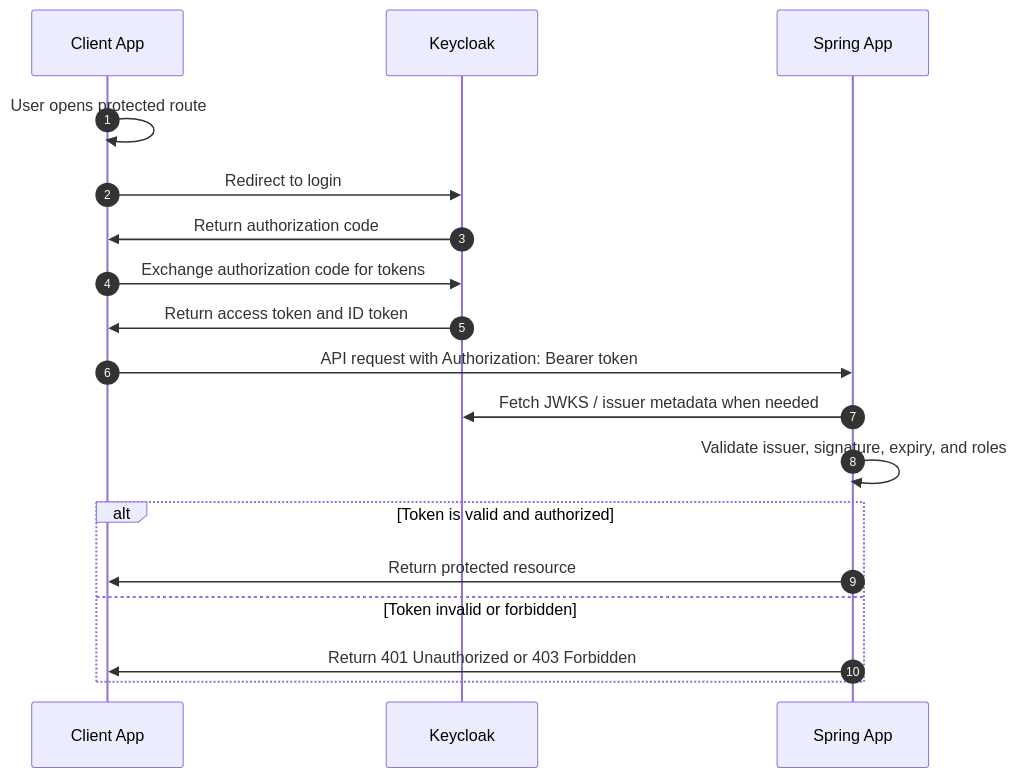
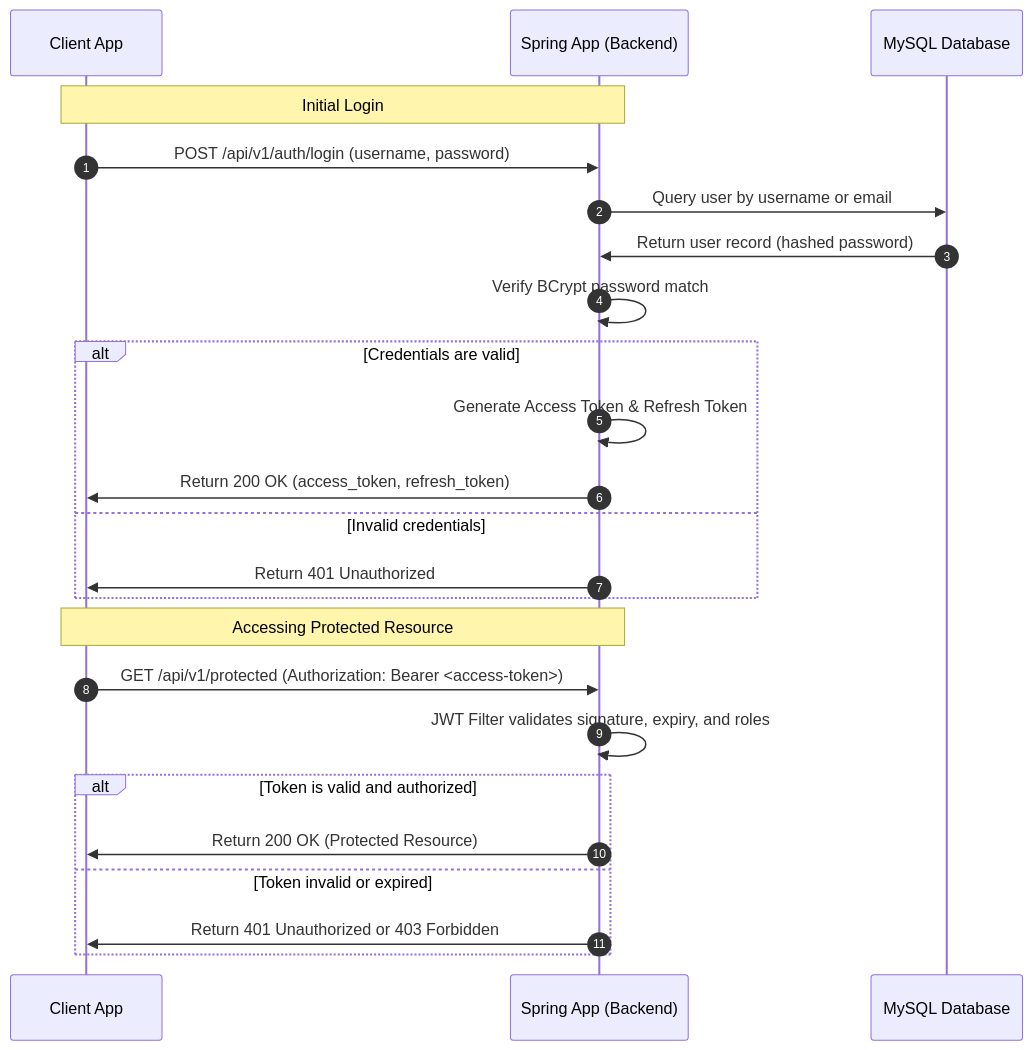
The diagram in docs/authentication.md (mkai-xlab/mkaix.healthsyncbe), drawn with Mermaid before and after one commit. The commit also changed other lines of this file and 14 other files, not shown here.

Commit message:
refactor: replace Keycloak with custom JWT-based authentication and update project documentation accordingly

````diff
--- a/docs/authentication.md
+++ b/docs/authentication.md
@@ -11,21 +8,28 @@
 ```mermaid
 sequenceDiagram
     autonumber
     participant Client as Client App
-    participant Keycloak as Keycloak
-    participant Spring as Spring App
+    participant Spring as Spring App (Backend)
+    participant Database as MySQL Database
 
-    Client->>Client: User opens protected route
-    Client->>Keycloak: Redirect to login
-    Keycloak->>Client: Return authorization code
-    Client->>Keycloak: Exchange authorization code for tokens
-    Keycloak->>Client: Return access token and ID token
-    Client->>Spring: API request with Authorization: Bearer token
-    Spring->>Keycloak: Fetch JWKS / issuer metadata when needed
-    Spring->>Spring: Validate issuer, signature, expiry, and roles
+    Note over Client,Spring: Initial Login
+    Client->>Spring: POST /api/v1/auth/login (username, password)
+    Spring->>Database: Query user by username or email
+    Database->>Spring: Return user record (hashed password)
+    Spring->>Spring: Verify BCrypt password match
+    alt Credentials are valid
+        Spring->>Spring: Generate Access Token & Refresh Token
+        Spring->>Client: Return 200 OK (access_token, refresh_token)
+    else Invalid credentials
+        Spring->>Client: Return 401 Unauthorized
+    end
+
+    Note over Client,Spring: Accessing Protected Resource
+    Client->>Spring: GET /api/v1/protected (Authorization: Bearer <access-token>)
+    Spring->>Spring: JWT Filter validates signature, expiry, and roles
     alt Token is valid and authorized
-        Spring->>Client: Return protected resource
-    else Token invalid or forbidden
+        Spring->>Client: Return 200 OK (Protected Resource)
+    else Token invalid or expired
         Spring->>Client: Return 401 Unauthorized or 403 Forbidden
     end
 ```
````
